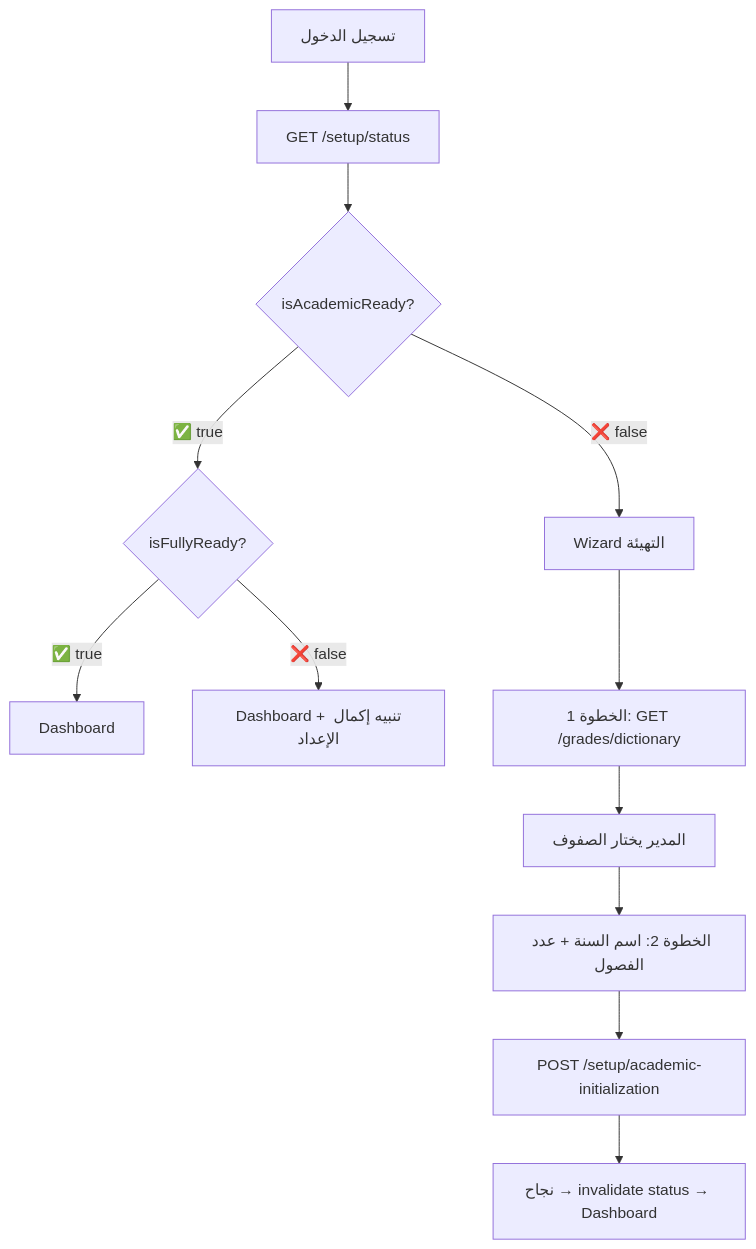
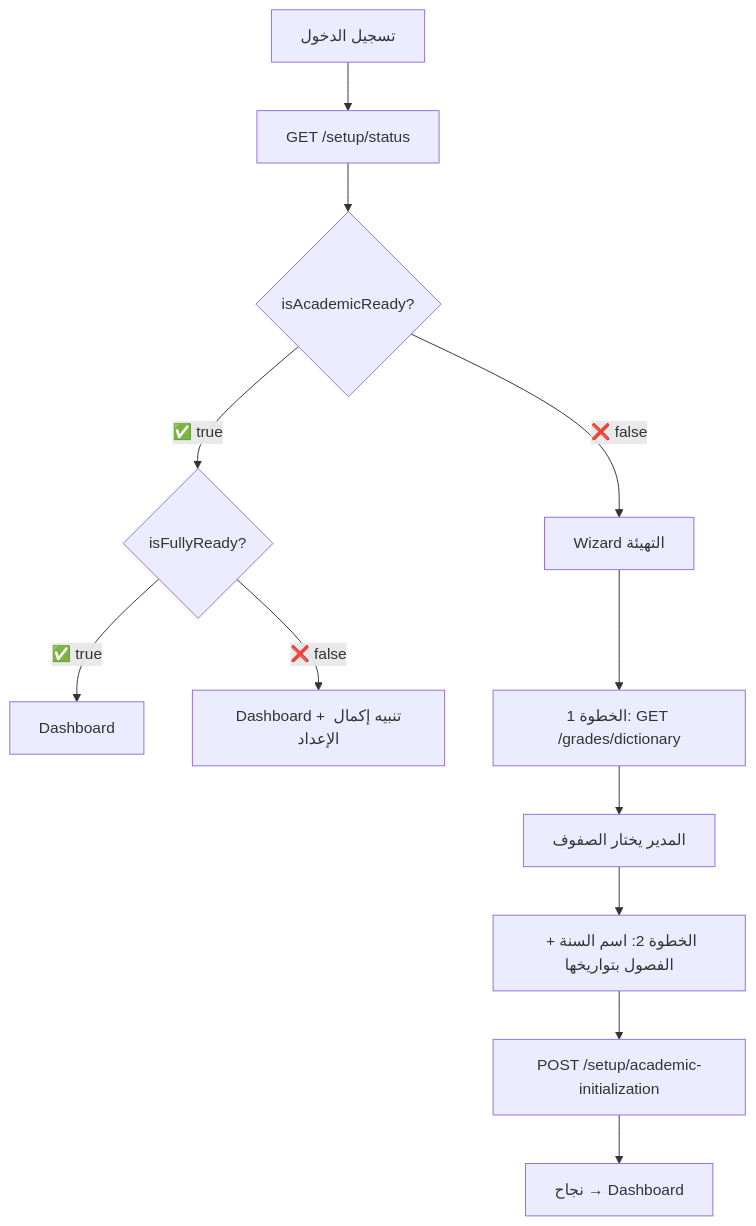
One commit to h3amdy/asas_backend changed the diagram in docs/ACADEMIC_SETUP_README.md. Above: the diagram before and after it, drawn with Mermaid. The commit also changed other lines of this file and 2 other files, not shown here.

````diff
--- a/docs/ACADEMIC_SETUP_README.md
+++ b/docs/ACADEMIC_SETUP_README.md
@@ -473,15 +408,15 @@
 ```mermaid
 flowchart TD
     A[تسجيل الدخول] --> B["GET /setup/status"]
     B --> C{isAcademicReady?}
     C -->|❌ false| D[Wizard التهيئة]
     C -->|✅ true| E{isFullyReady?}
     E -->|✅ true| F[Dashboard]
     E -->|❌ false| G["Dashboard + تنبيه إكمال الإعداد"]
 
     D --> D1["الخطوة 1: GET /grades/dictionary"]
     D1 --> D2["المدير يختار الصفوف"]
-    D2 --> D3["الخطوة 2: اسم السنة + عدد الفصول"]
+    D2 --> D3["الخطوة 2: اسم السنة + الفصول بتواريخها"]
     D3 --> D4["POST /setup/academic-initialization"]
-    D4 --> D5["نجاح → invalidate status → Dashboard"]
+    D4 --> D5["نجاح → Dashboard"]
 ```
````
